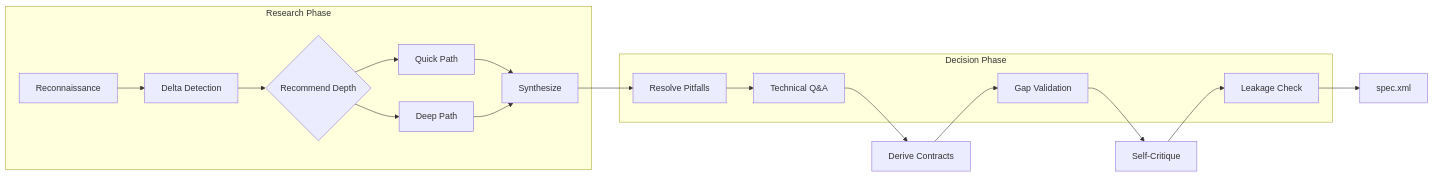
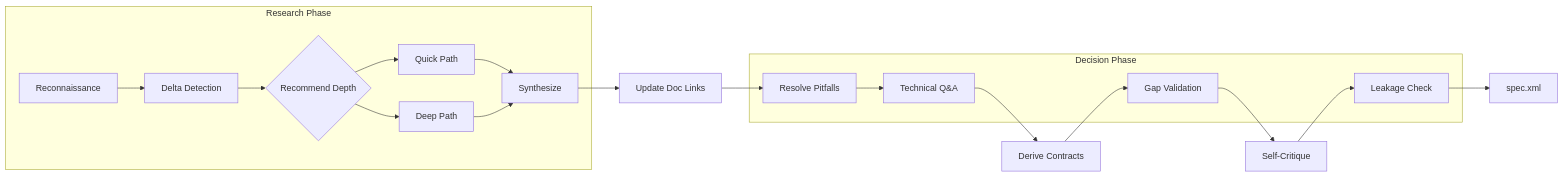
One commit to mattfletcher94/festinalente changed the diagram in .festinalente/product/skills/scope.md. Above: the diagram before and after it, drawn with Mermaid. The commit also changed other lines of this file and 7 other files, not shown here.

````diff
--- a/.festinalente/product/skills/scope.md
+++ b/.festinalente/product/skills/scope.md
@@ -29,32 +29,33 @@
 ```mermaid
 flowchart LR
     subgraph "Research Phase"
         Recon[Reconnaissance]
         Delta[Delta Detection]
         Recommend{Recommend Depth}
         Quick[Quick Path]
         Deep[Deep Path]
         Synthesis[Synthesize]
     end
 
     subgraph "Decision Phase"
         Pitfalls[Resolve Pitfalls]
         QA[Technical Q&A]
         GapVal[Gap Validation]
         Leakage[Leakage Check]
     end
 
     Recon --> Delta
     Delta --> Recommend
     Recommend --> Quick
     Recommend --> Deep
     Quick --> Synthesis
     Deep --> Synthesis
-    Synthesis --> Pitfalls
+    Synthesis --> DocLinks[Update Doc Links]
+    DocLinks --> Pitfalls
     Pitfalls --> QA
     QA --> Contracts[Derive Contracts]
     Contracts --> GapVal
     GapVal --> SelfCritique[Self-Critique]
     SelfCritique --> Leakage
     Leakage --> Spec[spec.xml]
 ```
````
